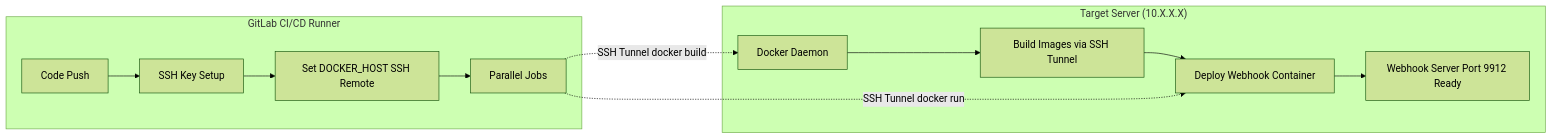
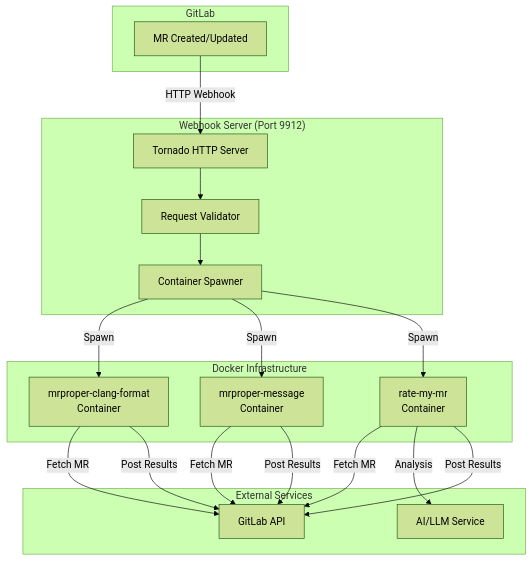
One commit to vigneshpalanivelr/commit-validator changed the first of 8 diagrams in ARCHITECTURE.md. Above: the diagram before and after it, drawn with Mermaid (forest theme). The commit also changed other lines of this file, not shown here.

First line of the commit message:
Comprehensive ARCHITECTURE.md update

````diff
--- a/ARCHITECTURE.md
+++ b/ARCHITECTURE.md
@@ -130,17 +42,37 @@
 ```mermaid
-flowchart LR
-    subgraph ci ["GitLab CI/CD Runner"]
-        A[Code Push] --> B[SSH Key Setup]
-        B --> C[Set DOCKER_HOST SSH Remote]
-        C --> D[Parallel Jobs]
+flowchart TB
+    subgraph GitLab
+        A[MR Created/Updated]
     end
 
-    subgraph target ["Target Server (10.X.X.X)"]
-        E[Docker Daemon] --> F[Build Images via SSH Tunnel]
-        F --> G[Deploy Webhook Container]
-        G --> H[Webhook Server Port 9912 Ready]
+    subgraph "Webhook Server (Port 9912)"
+        B[Tornado HTTP Server]
+        C[Request Validator]
+        D[Container Spawner]
     end
 
-    D -.->|SSH Tunnel docker build| E
-    D -.->|SSH Tunnel docker run| G
+    subgraph "Docker Infrastructure"
+        E1[mrproper-clang-format<br/>Container]
+        E2[mrproper-message<br/>Container]
+        E3[rate-my-mr<br/>Container]
+    end
+
+    subgraph "External Services"
+        F[GitLab API]
+        G[AI/LLM Service]
+    end
+
+    A -->|HTTP Webhook| B
+    B --> C
+    C --> D
+    D -->|Spawn| E1
+    D -->|Spawn| E2
+    D -->|Spawn| E3
+    E1 -->|Fetch MR| F
+    E2 -->|Fetch MR| F
+    E3 -->|Fetch MR| F
+    E3 -->|Analysis| G
+    E1 -->|Post Results| F
+    E2 -->|Post Results| F
+    E3 -->|Post Results| F
 ```
````
